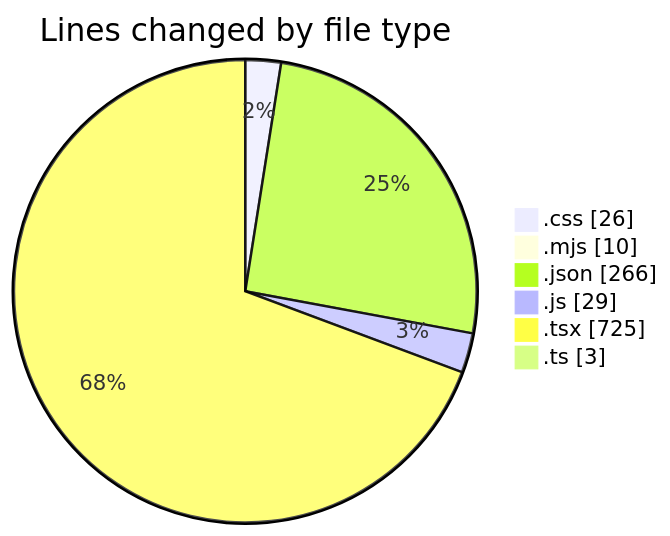
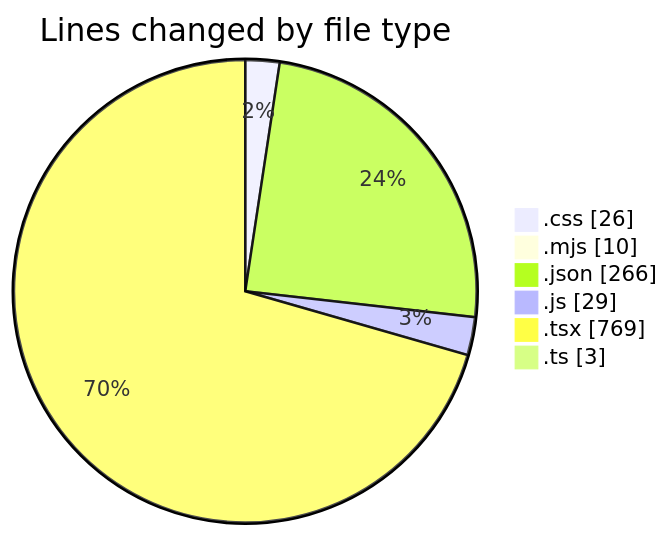
The first of 2 diagrams in 2025-06-23/scopecraft/README.md (Ritupan-Deka/code-tracking), drawn with Mermaid before and after one commit. The commit also changed other lines of this file and 1 other file, not shown here.

````diff
--- a/2025-06-23/scopecraft/README.md
+++ b/2025-06-23/scopecraft/README.md
@@ -36,10 +36,10 @@
 ```mermaid
 pie showData
 title Lines changed by file type
 ".css" : 26
 ".mjs" : 10
 ".json" : 266
 ".js" : 29
-".tsx" : 725
+".tsx" : 769
 ".ts" : 3
 ```
````
